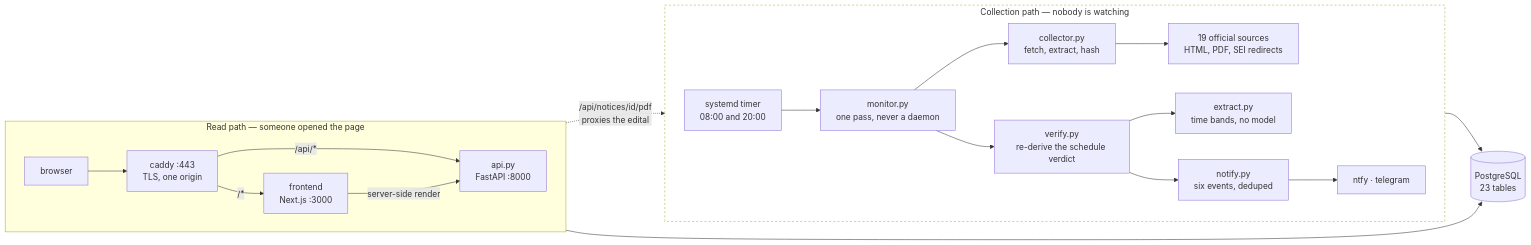
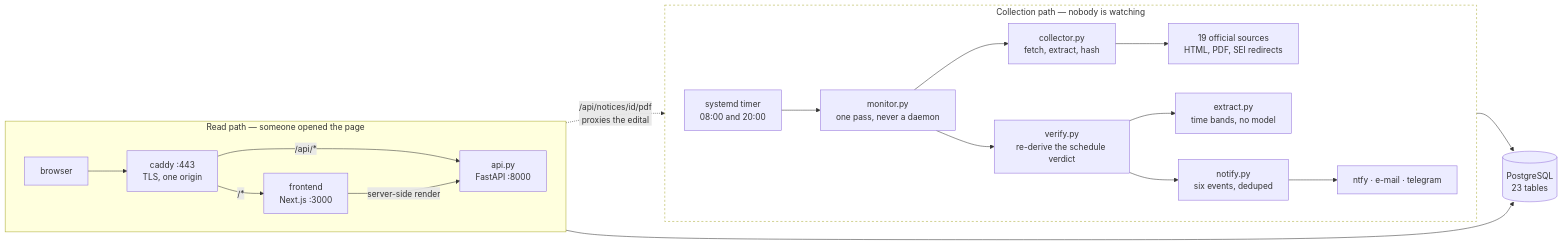
One commit to v1cferr/grad-radar changed the first of 3 diagrams in README.md. Above: the diagram before and after it, drawn with Mermaid. The commit also changed other lines of this file and 5 other files, not shown here.

````diff
--- a/README.md
+++ b/README.md
@@ -100,27 +100,27 @@
 ```mermaid
 flowchart LR
     subgraph read["Read path — someone opened the page"]
         direction LR
         B["browser"] --> C["caddy :443<br/>TLS, one origin"]
         C -->|"/*"| N["frontend<br/>Next.js :3000"]
         C -->|"/api/*"| A["api.py<br/>FastAPI :8000"]
         N -->|"server-side render"| A
     end
 
     subgraph collect["Collection path — nobody is watching"]
         direction LR
         T["systemd timer<br/>08:00 and 20:00"] --> M["monitor.py<br/>one pass, never a daemon"]
         M --> CO["collector.py<br/>fetch, extract, hash"]
         CO --> EXT["19 official sources<br/>HTML, PDF, SEI redirects"]
         M --> V["verify.py<br/>re-derive the schedule verdict"]
         V --> X["extract.py<br/>time bands, no model"]
         V --> NT["notify.py<br/>six events, deduped"]
-        NT --> CH["ntfy · telegram"]
+        NT --> CH["ntfy · e-mail · telegram"]
     end
 
     A --> DB[("PostgreSQL<br/>23 tables")]
     M --> DB
     A -.->|"/api/notices/id/pdf<br/>proxies the edital"| EXT
 
     style collect fill:transparent,stroke-dasharray: 4 4
 ```
````
